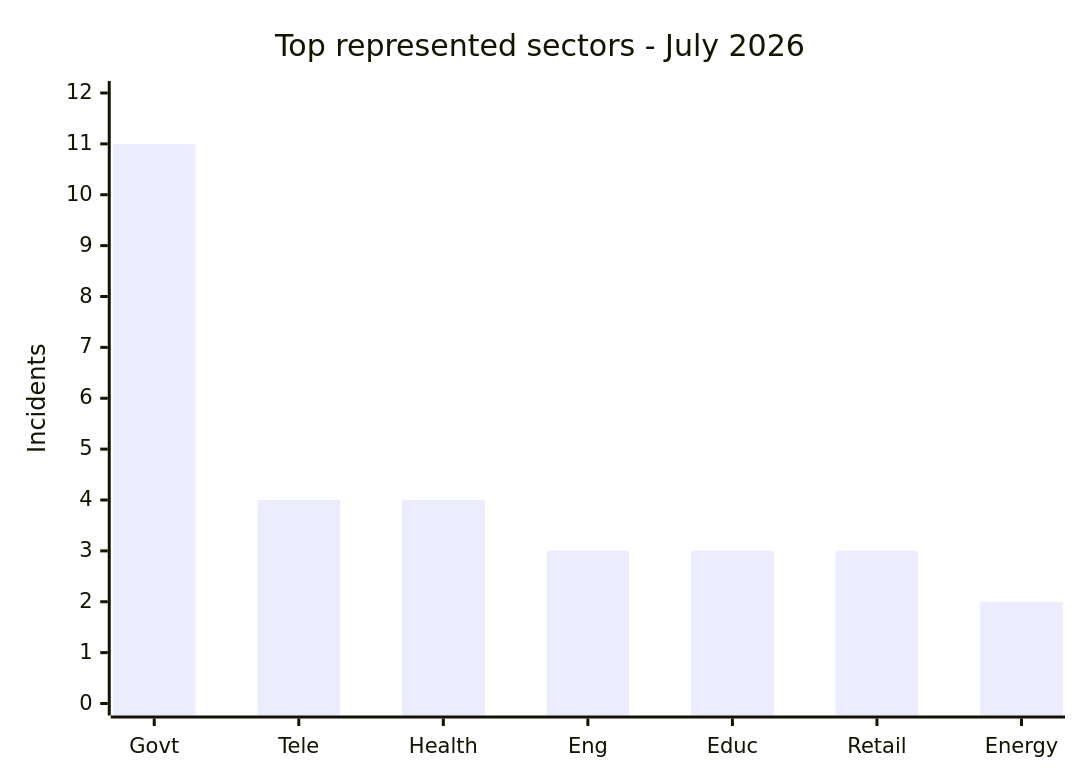
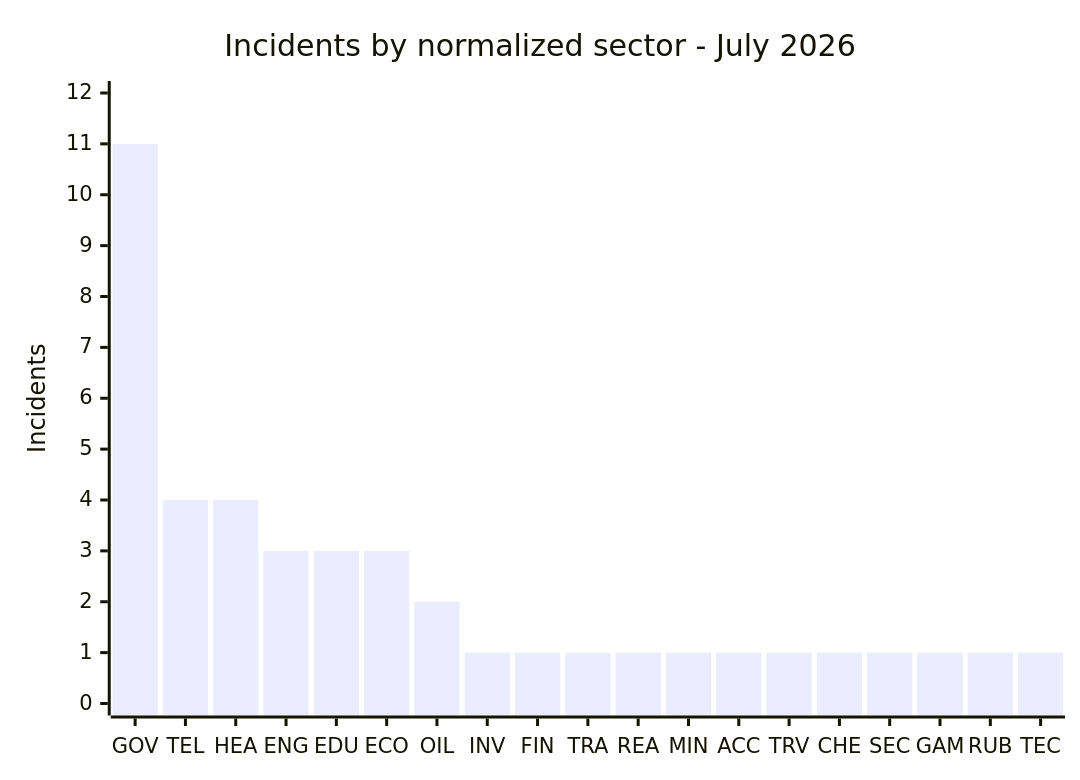
The eighth of 10 diagrams in CyberAttackAfrica/2026/07-july/README.md (Hatchepsoute/AFRINTEL), drawn with Mermaid before and after one commit. The commit also changed other lines of this file and 45 other files, not shown here.

````diff
--- a/CyberAttackAfrica/2026/07-july/README.md
+++ b/CyberAttackAfrica/2026/07-july/README.md
@@ -246,7 +282,7 @@
 ```mermaid
-xychart
-    title "Top represented sectors - July 2026"
-    x-axis ["Govt","Tele","Health","Eng","Educ","Retail","Energy"]
+xychart-beta
+    title "Incidents by normalized sector - July 2026"
+    x-axis ["GOV", "TEL", "HEA", "ENG", "EDU", "ECO", "OIL", "INV", "FIN", "TRA", "REA", "MIN", "ACC", "TRV", "CHE", "SEC", "GAM", "RUB", "TEC"]
     y-axis "Incidents" 0 --> 12
-    bar [11,4,4,3,3,3,2]
+    bar [11, 4, 4, 3, 3, 3, 2, 1, 1, 1, 1, 1, 1, 1, 1, 1, 1, 1, 1]
 ```
````
